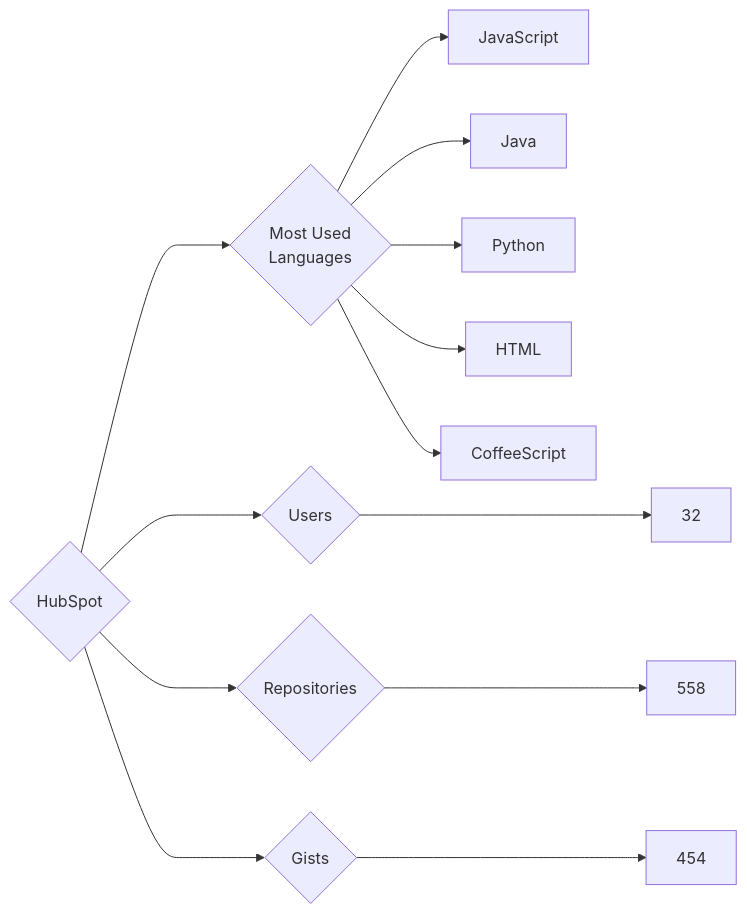
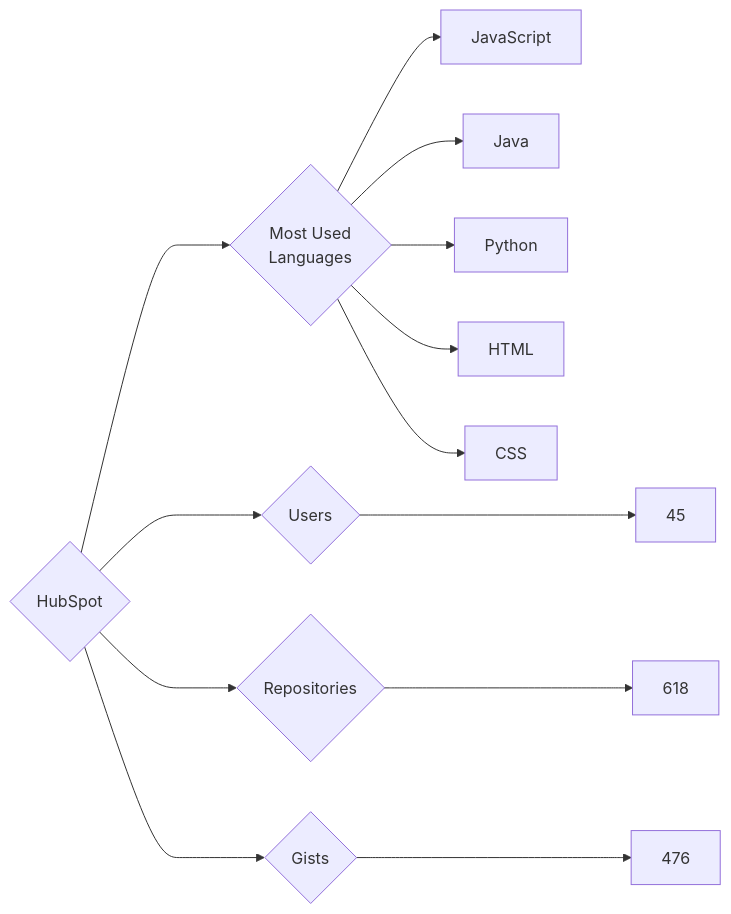
The diagram in targets/HubSpot/README.md (trickest/insiders), drawn with Mermaid before and after one commit. The commit also changed 736 other files, not shown here.

````diff
--- a/targets/HubSpot/README.md
+++ b/targets/HubSpot/README.md
@@ -3,13 +3,13 @@
 ```mermaid
 graph LR
 COMPANY_NAME{HubSpot}
-COMPANY_NAME ---> U{Users} ---> UN[32]
-COMPANY_NAME ---> R{Repositories} ---> RN[558]
-COMPANY_NAME ---> G{Gists} ---> GN[454]
+COMPANY_NAME ---> U{Users} ---> UN[45]
+COMPANY_NAME ---> R{Repositories} ---> RN[618]
+COMPANY_NAME ---> G{Gists} ---> GN[476]
 COMPANY_NAME ---> ML{Most Used<br>Languages}
 ML --> JavaScript[JavaScript]
 ML --> Java[Java]
 ML --> Python[Python]
 ML --> HTML[HTML]
-ML --> CoffeeScript[CoffeeScript]
+ML --> CSS[CSS]
 ```
````
